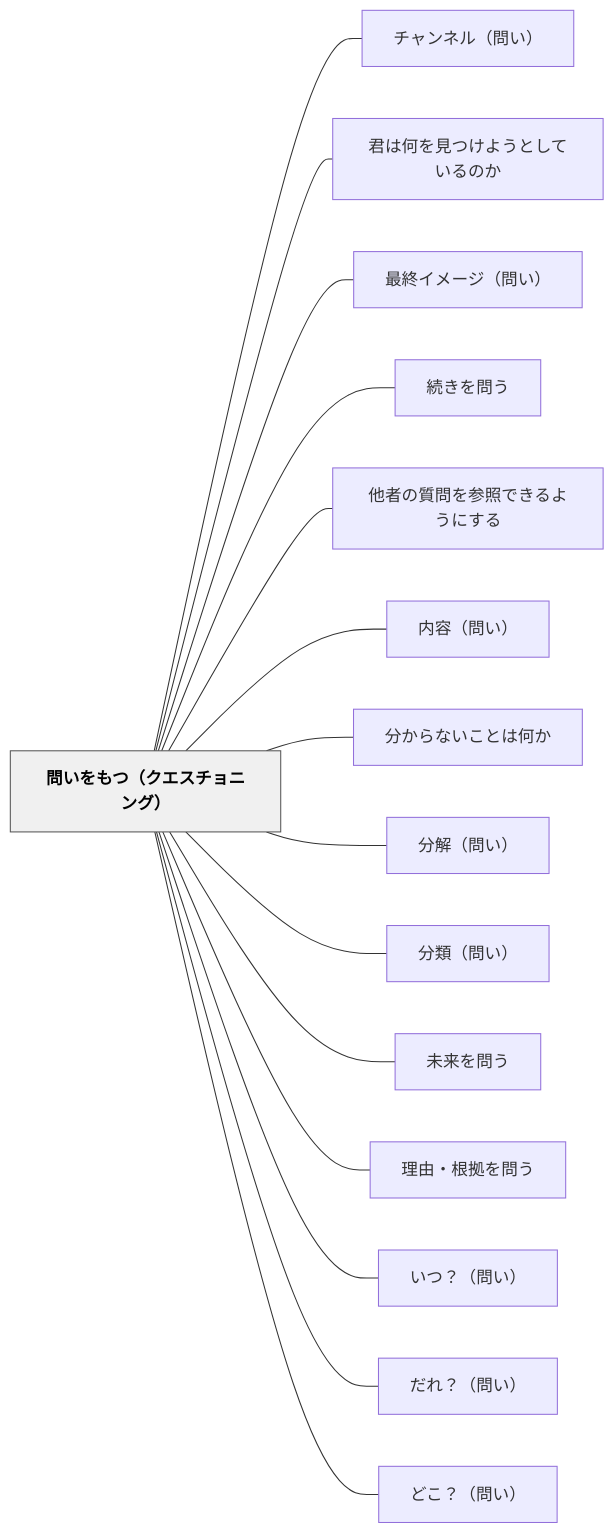
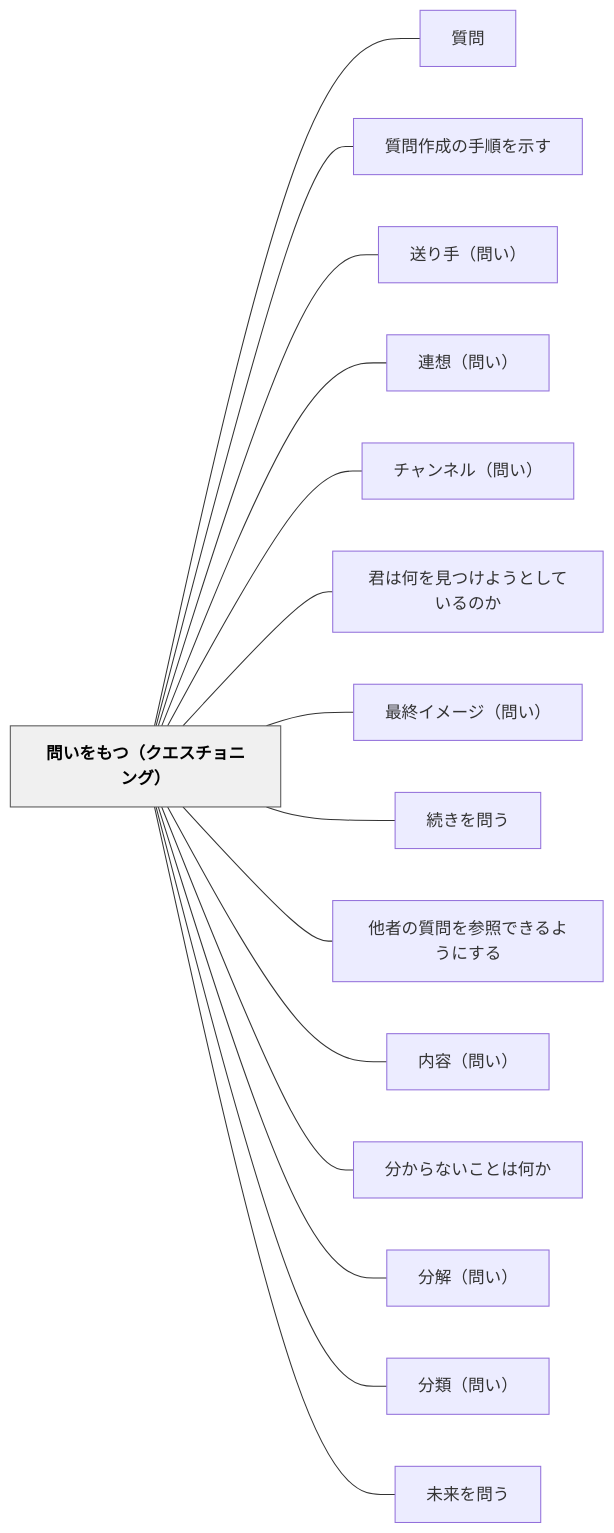
One commit to unknownthings-ed-patterns/unknownthings-ed-patterns changed the diagram in content/パタン/問いをもつ（クエスチョニング）.md. Above: the diagram before and after it, drawn with Mermaid. The commit also changed other lines of this file and 35 other files, not shown here.

````diff
--- a/content/パタン/問いをもつ（クエスチョニング）.md
+++ b/content/パタン/問いをもつ（クエスチョニング）.md
@@ -155,36 +159,36 @@
 ```mermaid
 flowchart LR
     ne5958fe38184e38292e38282e381a4efbc88e382afe382a8e382b9e38381e383a7e3838be383b3e382b0efbc89["問いをもつ（クエスチョニング）"]
+    ne8b3aae5958f["質問"]
+    ne8b3aae5958fe4bd9ce68890e381aee6898be9a086e38292e7a4bae38199["質問作成の手順を示す"]
+    ne98081e3828ae6898befbc88e5958fe38184efbc89["送り手（問い）"]
+    ne980a3e683b3efbc88e5958fe38184efbc89["連想（問い）"]
     ne38381e383a3e383b3e3838de383abefbc88e5958fe38184efbc89["チャンネル（問い）"]
     ne5909be381afe4bd95e38292e8a68be381a4e38191e38288e38186e381a8e38197e381a6e38184e3828be381aee3818b["君は何を見つけようとしているのか"]
     ne69c80e7b582e382a4e383a1e383bce382b8efbc88e5958fe38184efbc89["最終イメージ（問い）"]
     ne7b69ae3818de38292e5958fe38186["続きを問う"]
     ne4bb96e88085e381aee8b3aae5958fe38292e58f82e785a7e381a7e3818de3828be38288e38186e381abe38199e3828b["他者の質問を参照できるようにする"]
     ne58685e5aeb9efbc88e5958fe38184efbc89["内容（問い）"]
     ne58886e3818be38289e381aae38184e38193e381a8e381afe4bd95e3818b["分からないことは何か"]
     ne58886e8a7a3efbc88e5958fe38184efbc89["分解（問い）"]
     ne58886e9a19eefbc88e5958fe38184efbc89["分類（問い）"]
     ne69caae69da5e38292e5958fe38186["未来を問う"]
-    ne79086e794b1e383bbe6a0b9e68ba0e38292e5958fe38186["理由・根拠を問う"]
-    ne38184e381a4efbc9fefbc88e5958fe38184efbc89["いつ？（問い）"]
-    ne381a0e3828cefbc9fefbc88e5958fe38184efbc89["だれ？（問い）"]
-    ne381a9e38193efbc9fefbc88e5958fe38184efbc89["どこ？（問い）"]
 
+    ne5958fe38184e38292e38282e381a4efbc88e382afe382a8e382b9e38381e383a7e3838be383b3e382b0efbc89 --- ne8b3aae5958f
+    ne5958fe38184e38292e38282e381a4efbc88e382afe382a8e382b9e38381e383a7e3838be383b3e382b0efbc89 --- ne8b3aae5958fe4bd9ce68890e381aee6898be9a086e38292e7a4bae38199
+    ne5958fe38184e38292e38282e381a4efbc88e382afe382a8e382b9e38381e383a7e3838be383b3e382b0efbc89 --- ne98081e3828ae6898befbc88e5958fe38184efbc89
+    ne5958fe38184e38292e38282e381a4efbc88e382afe382a8e382b9e38381e383a7e3838be383b3e382b0efbc89 --- ne980a3e683b3efbc88e5958fe38184efbc89
     ne5958fe38184e38292e38282e381a4efbc88e382afe382a8e382b9e38381e383a7e3838be383b3e382b0efbc89 --- ne38381e383a3e383b3e3838de383abefbc88e5958fe38184efbc89
     ne5958fe38184e38292e38282e381a4efbc88e382afe382a8e382b9e38381e383a7e3838be383b3e382b0efbc89 --- ne5909be381afe4bd95e38292e8a68be381a4e38191e38288e38186e381a8e38197e381a6e38184e3828be381aee3818b
     ne5958fe38184e38292e38282e381a4efbc88e382afe382a8e382b9e38381e383a7e3838be383b3e382b0efbc89 --- ne69c80e7b582e382a4e383a1e383bce382b8efbc88e5958fe38184efbc89
     ne5958fe38184e38292e38282e381a4efbc88e382afe382a8e382b9e38381e383a7e3838be383b3e382b0efbc89 --- ne7b69ae3818de38292e5958fe38186
     ne5958fe38184e38292e38282e381a4efbc88e382afe382a8e382b9e38381e383a7e3838be383b3e382b0efbc89 --- ne4bb96e88085e381aee8b3aae5958fe38292e58f82e785a7e381a7e3818de3828be38288e38186e381abe38199e3828b
     ne5958fe38184e38292e38282e381a4efbc88e382afe382a8e382b9e38381e383a7e3838be383b3e382b0efbc89 --- ne58685e5aeb9efbc88e5958fe38184efbc89
     ne5958fe38184e38292e38282e381a4efbc88e382afe382a8e382b9e38381e383a7e3838be383b3e382b0efbc89 --- ne58886e3818be38289e381aae38184e38193e381a8e381afe4bd95e3818b
     ne5958fe38184e38292e38282e381a4efbc88e382afe382a8e382b9e38381e383a7e3838be383b3e382b0efbc89 --- ne58886e8a7a3efbc88e5958fe38184efbc89
     ne5958fe38184e38292e38282e381a4efbc88e382afe382a8e382b9e38381e383a7e3838be383b3e382b0efbc89 --- ne58886e9a19eefbc88e5958fe38184efbc89
     ne5958fe38184e38292e38282e381a4efbc88e382afe382a8e382b9e38381e383a7e3838be383b3e382b0efbc89 --- ne69caae69da5e38292e5958fe38186
-    ne5958fe38184e38292e38282e381a4efbc88e382afe382a8e382b9e38381e383a7e3838be383b3e382b0efbc89 --- ne79086e794b1e383bbe6a0b9e68ba0e38292e5958fe38186
-    ne5958fe38184e38292e38282e381a4efbc88e382afe382a8e382b9e38381e383a7e3838be383b3e382b0efbc89 --- ne38184e381a4efbc9fefbc88e5958fe38184efbc89
-    ne5958fe38184e38292e38282e381a4efbc88e382afe382a8e382b9e38381e383a7e3838be383b3e382b0efbc89 --- ne381a0e3828cefbc9fefbc88e5958fe38184efbc89
-    ne5958fe38184e38292e38282e381a4efbc88e382afe382a8e382b9e38381e383a7e3838be383b3e382b0efbc89 --- ne381a9e38193efbc9fefbc88e5958fe38184efbc89
 
     classDef hub fill:#f0f0f0,stroke:#555,color:#000,font-weight:bold
     class ne5958fe38184e38292e38282e381a4efbc88e382afe382a8e382b9e38381e383a7e3838be383b3e382b0efbc89 hub
 ```
````
